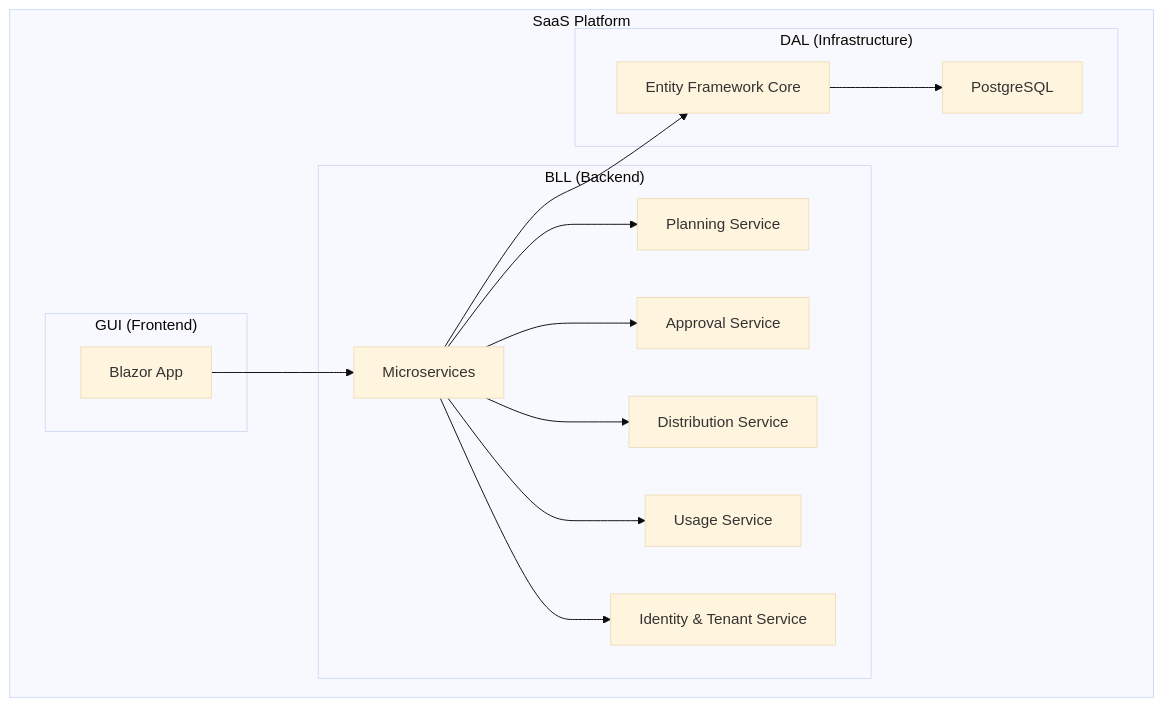
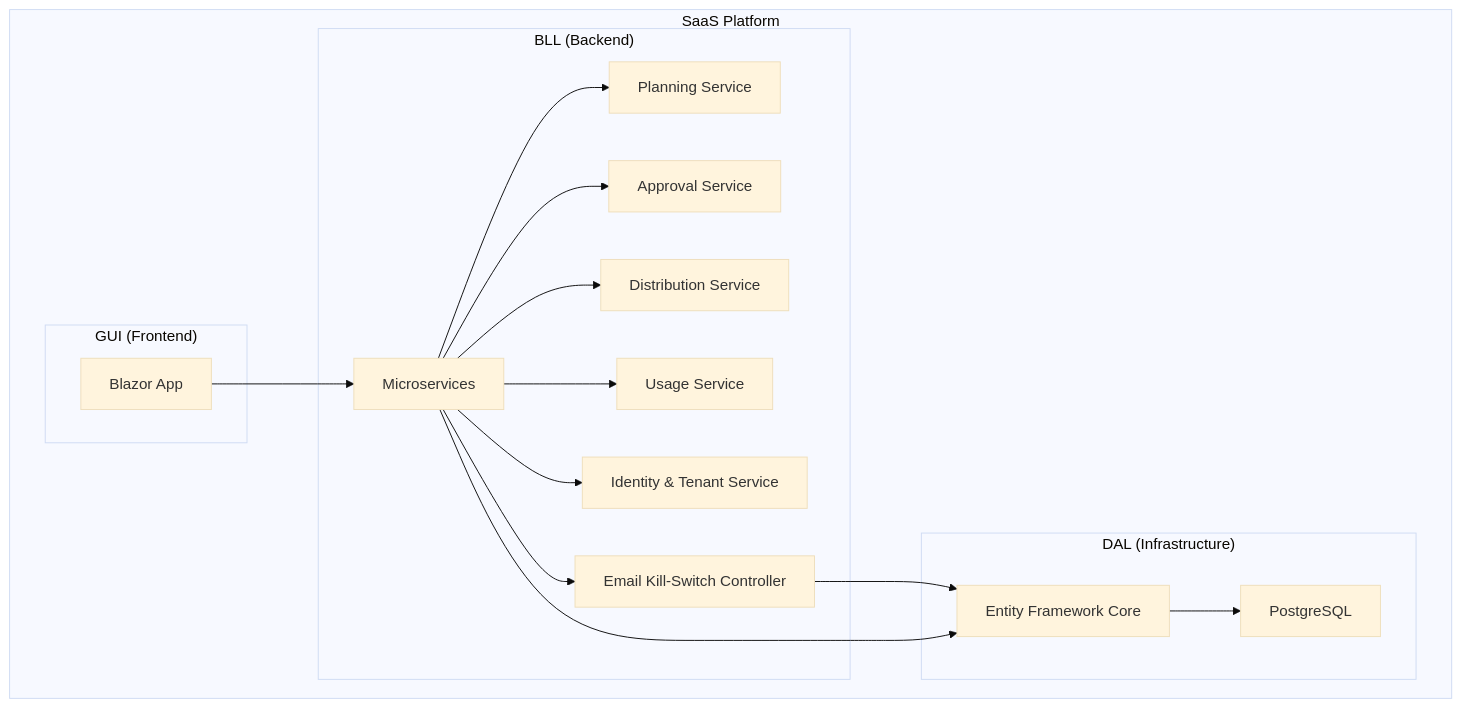
The second of 7 diagrams in .qoder/repowiki/en/content/Configuration and Deployment/Configuration and Deployment.md (lamhongbac/NonCash), drawn with Mermaid (base theme) before and after one commit. The commit also changed other lines of this file and 57 other files, not shown here.

````diff
--- a/.qoder/repowiki/en/content/Configuration and Deployment/Configuration and Deployment.md
+++ b/.qoder/repowiki/en/content/Configuration and Deployment/Configuration and Deployment.md
@@ -123,28 +162,31 @@
 ```mermaid
 graph TB
 subgraph "SaaS Platform"
 subgraph "GUI (Frontend)"
 Blazor["Blazor App"]
 end
 subgraph "BLL (Backend)"
 Microservices["Microservices"]
 Planning["Planning Service"]
 Approval["Approval Service"]
 Distribution["Distribution Service"]
 Usage["Usage Service"]
 Identity["Identity & Tenant Service"]
+EmailCtrl["Email Kill-Switch Controller"]
 end
 subgraph "DAL (Infrastructure)"
 EF["Entity Framework Core"]
 PG["PostgreSQL"]
 end
 end
 Blazor --> Microservices
 Microservices --> Planning
 Microservices --> Approval
 Microservices --> Distribution
 Microservices --> Usage
 Microservices --> Identity
+Microservices --> EmailCtrl
+EmailCtrl --> EF
 Microservices --> EF
 EF --> PG
 ```
````
